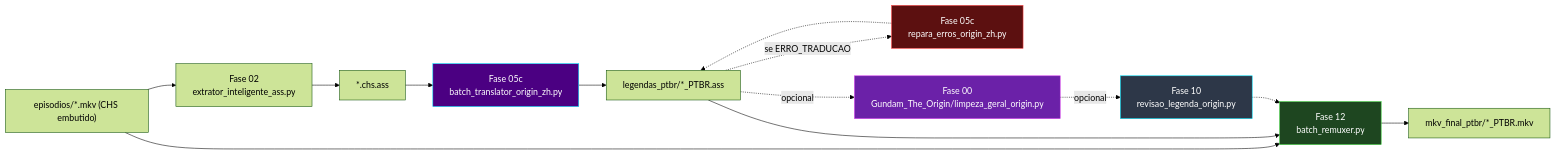
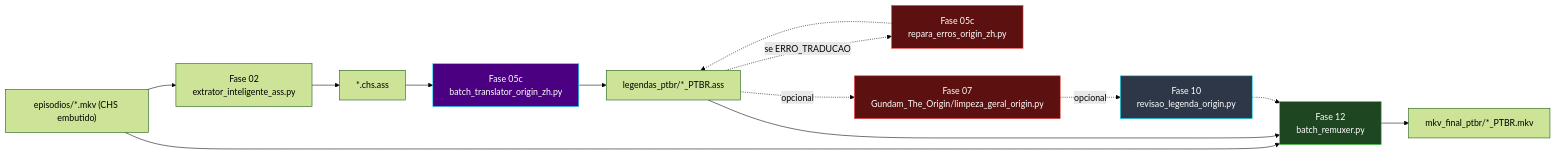
The tenth of 15 diagrams in docs/arquitetura.md (carmipa/projeto-tracker-animes-traducao), drawn with Mermaid (forest theme) before and after one commit. The commit also changed other lines of this file and 38 other files, not shown here.

````diff
--- a/docs/arquitetura.md
+++ b/docs/arquitetura.md
@@ -369,21 +371,21 @@
 ```mermaid
 flowchart LR
     I_MKV["episodios/*.mkv (CHS embutido)"] --> I_F02["Fase 02<br/>extrator_inteligente_ass.py"]
     I_F02 --> I_CHS["*.chs.ass"]
     I_CHS --> I_F05C["Fase 05c<br/>batch_translator_origin_zh.py"]
     I_F05C --> I_PTBR["legendas_ptbr/*_PTBR.ass"]
     I_PTBR -.->|"se ERRO_TRADUCAO"| I_REP["Fase 05c<br/>repara_erros_origin_zh.py"]
     I_REP -.-> I_PTBR
-    I_PTBR -.->|"opcional"| I_HYG["Fase 00<br/>Gundam_The_Origin/limpeza_geral_origin.py"]
-    I_HYG -.->|"opcional"| I_F10["Fase 10<br/>revisao_legenda_origin.py"]
+    I_PTBR -.->|"opcional"| I_F07["Fase 07<br/>Gundam_The_Origin/limpeza_geral_origin.py"]
+    I_F07 -.->|"opcional"| I_F10["Fase 10<br/>revisao_legenda_origin.py"]
     I_MKV --> I_F12["Fase 12<br/>batch_remuxer.py"]
     I_PTBR --> I_F12
     I_F10 -.-> I_F12
     I_F12 --> I_OUT["mkv_final_ptbr/*_PTBR.mkv"]
 
     style I_F05C fill:#4B0082,stroke:#00E5FF,color:#fff
     style I_REP fill:#5c1010,stroke:#ff4444,color:#fff
-    style I_HYG fill:#6b21a8,stroke:#d946ef,color:#fff
+    style I_F07 fill:#5c1010,stroke:#ff4444,color:#fff
     style I_F10 fill:#2d3748,stroke:#00E5FF,color:#fff
     style I_F12 fill:#1e4620,stroke:#32CD32,color:#fff
 ```
````
